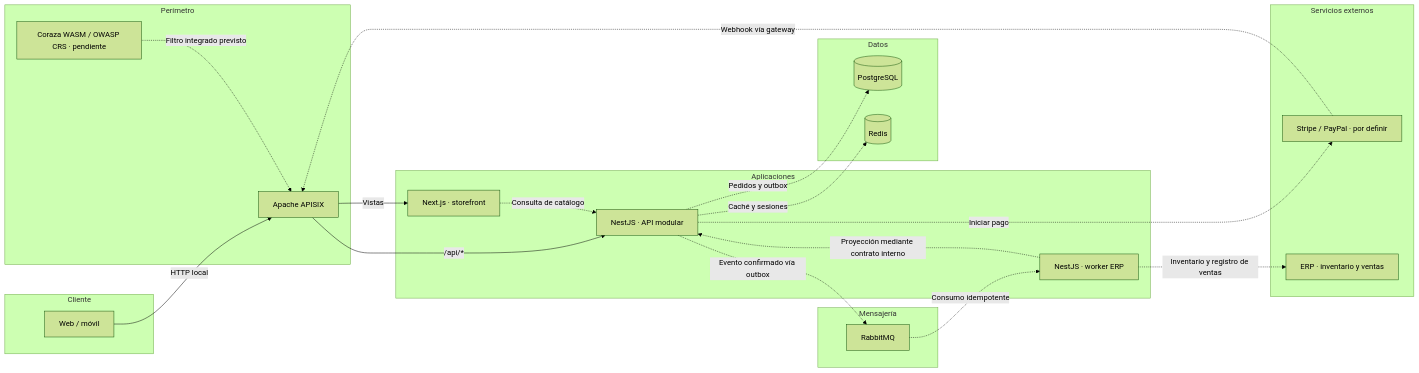
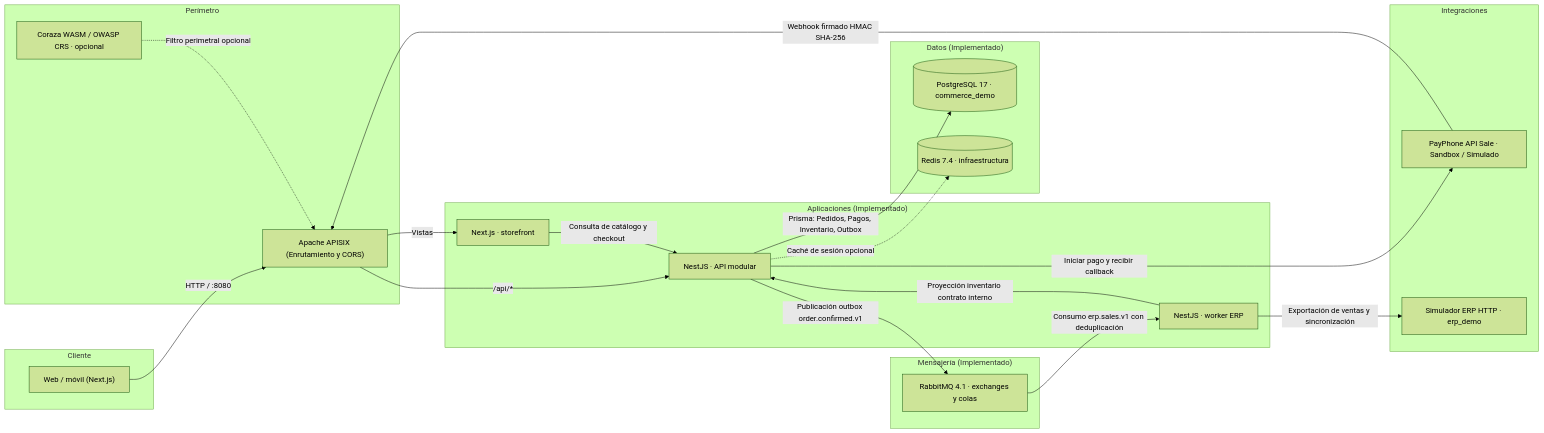
The first of 2 diagrams in README.md (TESSIUM-Tech/GroupMG-Commerce-Demo), drawn with Mermaid (forest theme) before and after one commit. The commit also changed other lines of this file and 272 other files, not shown here.

First line of the commit message:
feat(release): :tada: GroupMG Commerce Demo completa (DEMO-01 a DEMO-16)

````diff
--- a/README.md
+++ b/README.md
@@ -21,40 +17,40 @@
 ```mermaid
 flowchart LR
     subgraph client ["Cliente"]
-        browser["Web / móvil"]
+        browser["Web / móvil (Next.js)"]
     end
     subgraph gateway ["Perímetro"]
-        apisix["Apache APISIX"]
-        coraza["Coraza WASM / OWASP CRS · pendiente"]
+        apisix["Apache APISIX (Enrutamiento y CORS)"]
+        coraza["Coraza WASM / OWASP CRS · opcional"]
     end
-    subgraph service ["Aplicaciones"]
+    subgraph service ["Aplicaciones (Implementado)"]
         web["Next.js · storefront"]
         api["NestJS · API modular"]
         worker["NestJS · worker ERP"]
     end
-    subgraph datastore ["Datos"]
-        postgres[("PostgreSQL")]
-        redis[("Redis")]
+    subgraph datastore ["Datos (Implementado)"]
+        postgres[("PostgreSQL 17 · commerce_demo")]
+        redis[("Redis 7.4 · infraestructura")]
     end
-    subgraph async ["Mensajería"]
-        rabbit["RabbitMQ"]
+    subgraph async ["Mensajería (Implementado)"]
+        rabbit["RabbitMQ 4.1 · exchanges y colas"]
     end
-    subgraph external ["Servicios externos"]
-        payments["Stripe / PayPal · por definir"]
-        erp["ERP · inventario y ventas"]
+    subgraph external ["Integraciones"]
+        payments["PayPhone API Sale · Sandbox / Simulado"]
+        erp["Simulador ERP HTTP · erp_demo"]
     end
 
-    browser -->|HTTP local| apisix
+    browser -->|HTTP / :8080| apisix
     apisix -->|Vistas| web
     apisix -->|/api/*| api
-    coraza -.->|Filtro integrado previsto| apisix
-    web -.->|Consulta de catálogo| api
-    api -.->|Pedidos y outbox| postgres
-    api -.->|Caché y sesiones| redis
-    api -.->|Iniciar pago| payments
-    payments -.->|Webhook vía gateway| apisix
-    api -.->|Evento confirmado vía outbox| rabbit
-    rabbit -.->|Consumo idempotente| worker
-    worker -.->|Inventario y registro de ventas| erp
-    worker -.->|Proyección mediante contrato interno| api
+    coraza -.->|Filtro perimetral opcional| apisix
+    web -->|Consulta de catálogo y checkout| api
+    api -->|Prisma: Pedidos, Pagos, Inventario, Outbox| postgres
+    api -.->|Caché de sesión opcional| redis
+    api -->|Iniciar pago y recibir callback| payments
+    payments -->|Webhook firmado HMAC SHA-256| apisix
+    api -->|Publicación outbox order.confirmed.v1| rabbit
+    rabbit -->|Consumo erp.sales.v1 con deduplicación| worker
+    worker -->|Exportación de ventas y sincronización| erp
+    worker -->|Proyección inventario contrato interno| api
 ```
````
